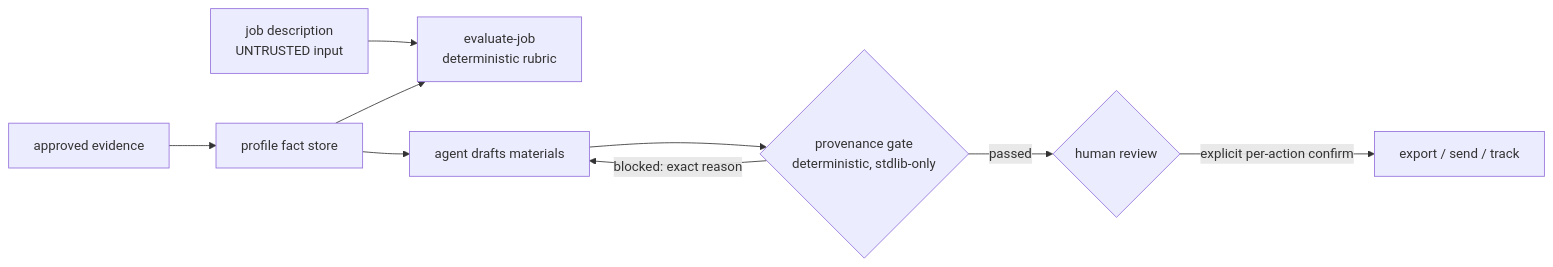
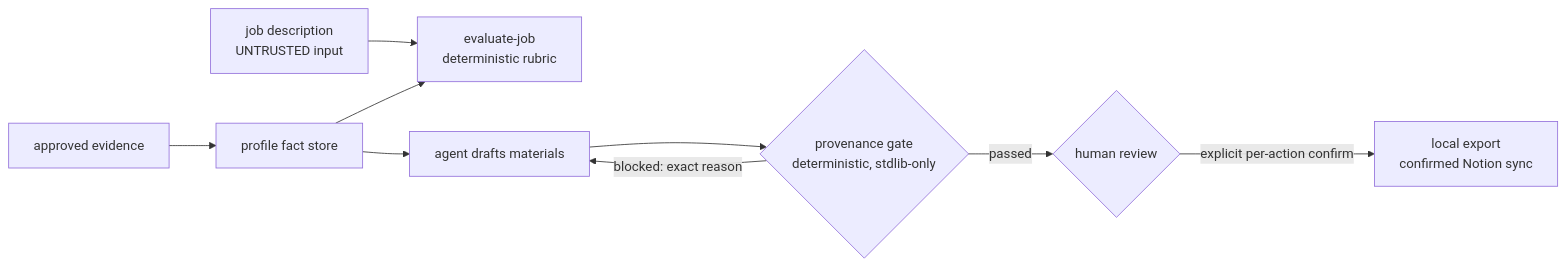
The diagram in README.md (LaurenceFang/career-agent), drawn with Mermaid before and after one commit. The commit also changed other lines of this file and 4 other files, not shown here.

````diff
--- a/README.md
+++ b/README.md
@@ -21,11 +23,11 @@
 ```mermaid
 flowchart LR
     NOTES[approved evidence] --> PROFILE[profile fact store]
     JD[job description<br/>UNTRUSTED input] --> EVAL[evaluate-job<br/>deterministic rubric]
     PROFILE --> EVAL
     PROFILE --> AGENT[agent drafts materials]
     AGENT --> GATE{provenance gate<br/>deterministic, stdlib-only}
     GATE -- blocked: exact reason --> AGENT
     GATE -- passed --> HUMAN{human review}
-    HUMAN -- explicit per-action confirm --> SHIP[export / send / track]
+    HUMAN -- explicit per-action confirm --> SHIP[local export<br/>confirmed Notion sync]
 ```
````
